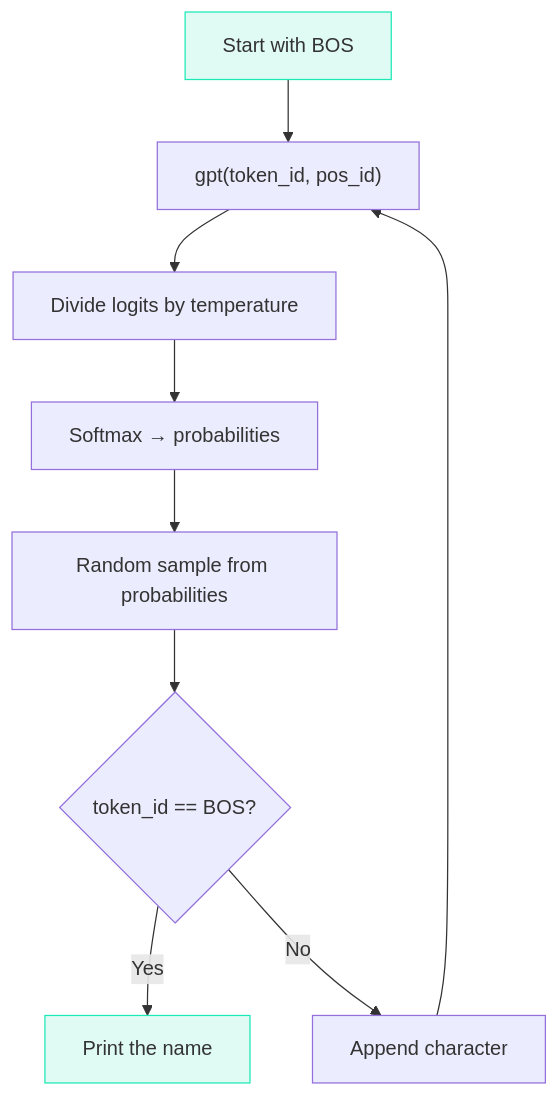
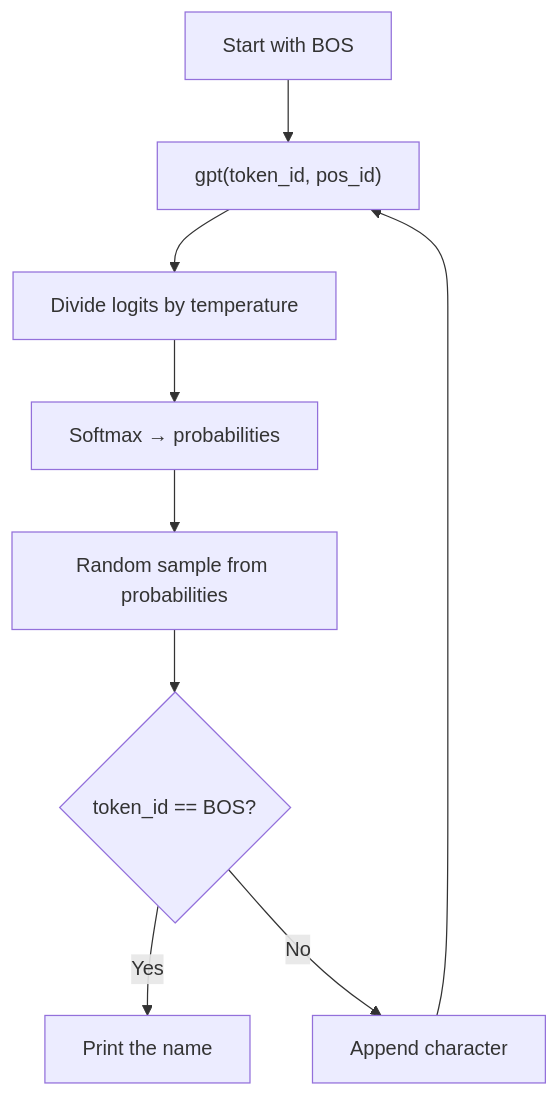
One commit to iamkhalid2/microgpt-course changed the diagram in docs/05-inference/00-generating-text.md. Above: the diagram before and after it, drawn with Mermaid. The commit also changed 20 other files, not shown here.

Commit message:
Remove all inline Mermaid styles - let theme handle colors natively

````diff
--- a/docs/05-inference/00-generating-text.md
+++ b/docs/05-inference/00-generating-text.md
@@ -31,14 +31,11 @@
 ```mermaid
 flowchart TD
     START["Start with BOS"] --> GPT["gpt(token_id, pos_id)"]
     GPT --> TEMP["Divide logits by temperature"]
     TEMP --> SM["Softmax → probabilities"]
     SM --> SAMPLE["Random sample from probabilities"]
     SAMPLE --> CHECK{"token_id == BOS?"}
     CHECK -->|"Yes"| DONE["Print the name"]
     CHECK -->|"No"| APPEND["Append character"]
     APPEND --> GPT
-
-    style START fill:#e0faf4,stroke:#1de9b6
-    style DONE fill:#e0faf4,stroke:#1de9b6
 ```
````
